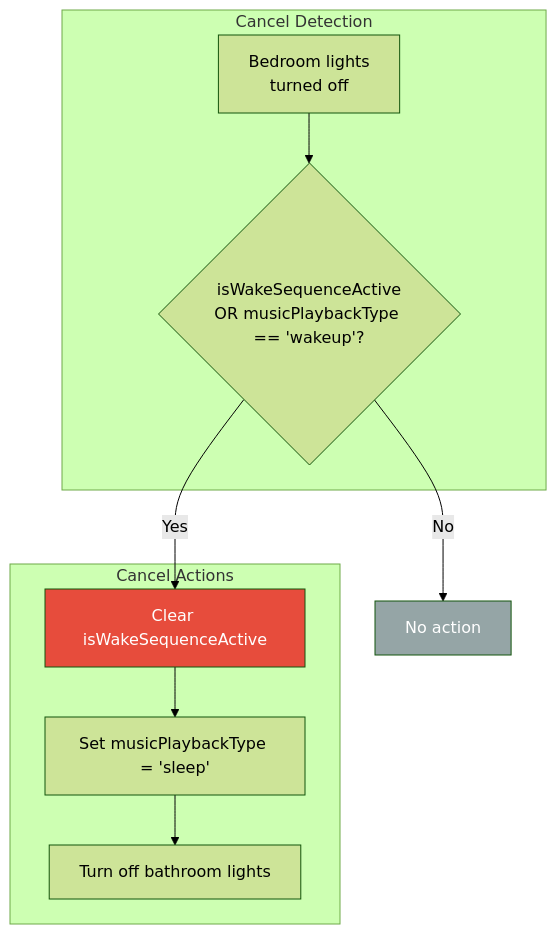
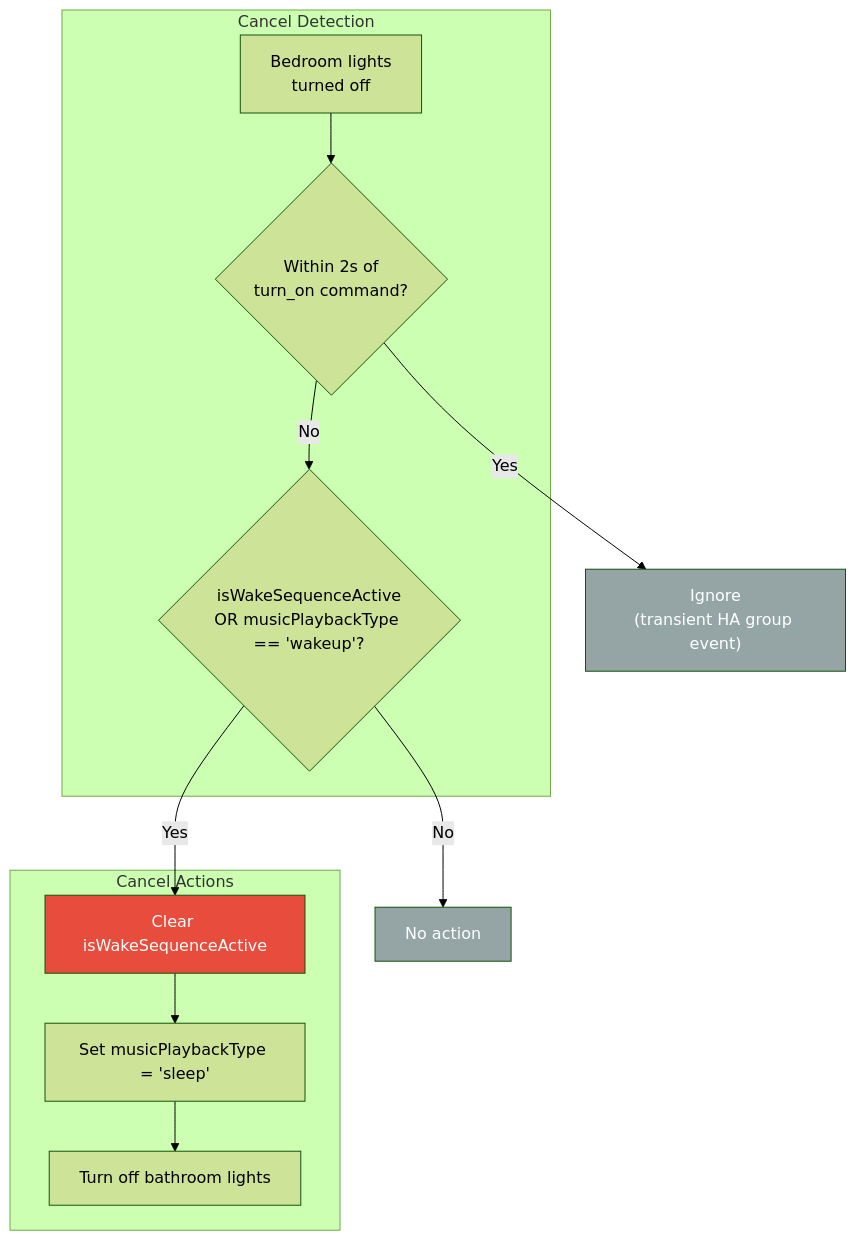
The ninth of 9 diagrams in docs/flows/SLEEP_HYGIENE.md (NickBorgers/home-automation), drawn with Mermaid (forest theme) before and after one commit. The commit also changed other lines of this file, not shown here.

Commit message:
docs: Add grace period for transient light-off events to SLEEP_HYGIENE flow
Update the Wake Sequence Cancellation diagram to show the 2-second grace
period that filters transient HA group entity "off" events after turn_on
commands, matching the new code behavior.

````diff
--- a/docs/flows/SLEEP_HYGIENE.md
+++ b/docs/flows/SLEEP_HYGIENE.md
@@ -237,22 +237,26 @@
 ```mermaid
 flowchart TD
     subgraph Detection["Cancel Detection"]
         lightsOff["Bedroom lights<br/>turned off"]
+        graceCheck{"Within 2s of<br/>turn_on command?"}
         checkActive{"isWakeSequenceActive<br/>OR musicPlaybackType == 'wakeup'?"}
     end
 
     subgraph Actions["Cancel Actions"]
         clearFlag["Clear isWakeSequenceActive"]
         revertMusic["Set musicPlaybackType = 'sleep'"]
         offBathroom["Turn off bathroom lights"]
     end
 
-    lightsOff --> checkActive
+    lightsOff --> graceCheck
+    graceCheck -->|Yes| transient["Ignore<br/>(transient HA group event)"]
+    graceCheck -->|No| checkActive
     checkActive -->|Yes| clearFlag
     clearFlag --> revertMusic
     revertMusic --> offBathroom
     checkActive -->|No| ignore["No action"]
 
     style clearFlag fill:#e74c3c,color:#fff
     style ignore fill:#95a5a6,color:#fff
+    style transient fill:#95a5a6,color:#fff
 ```
````
